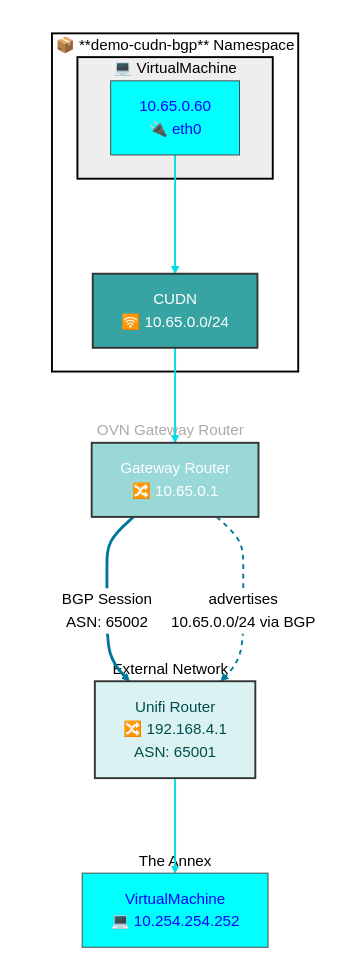
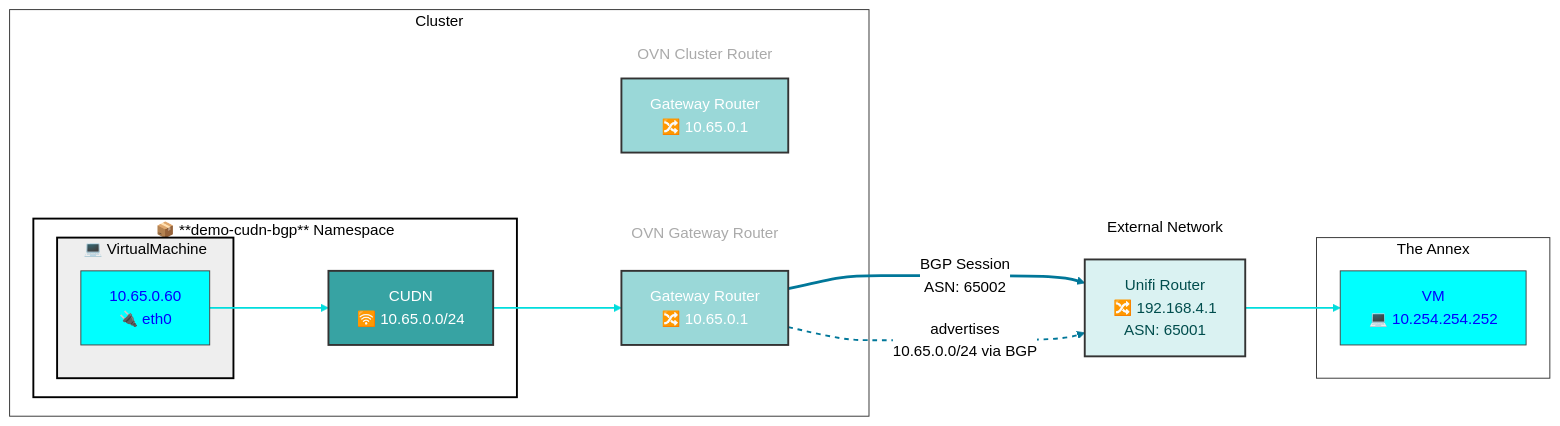
The second of 2 diagrams in demo/bgp/README.md (dlbewley/demo-rhone-26), drawn with Mermaid (neutral theme) before and after one commit. The commit also changed other lines of this file, not shown here.

````diff
--- a/demo/bgp/README.md
+++ b/demo/bgp/README.md
@@ -283,62 +256,66 @@
 ```mermaid
-graph TD;
-    subgraph Cluster[" "]
+graph LR;
+    subgraph Cluster["Cluster"]
         subgraph ns-bgp["📦 **demo-cudn-bgp** Namespace"]
             subgraph vm-bgp["💻 VirtualMachine"]
                 vm-ip["10.65.0.60<br>🔌 eth0"]
             end
             cudn-subnet["CUDN<br>🛜 10.65.0.0/24"]
         end
 
-        subgraph OVN["OVN Gateway Router"]
+        subgraph OVN_GW["OVN Gateway Router"]
             ovn-gw["Gateway Router<br>🔀 10.65.0.1"]
         end
+        subgraph OVN_CR["OVN Cluster Router"]
+            ovn-cr["Gateway Router<br>🔀 10.65.0.1"]
+        end
+
     end
 
     subgraph External["External Network"]
         unifi-router["Unifi Router<br>🔀 192.168.4.1<br>ASN: 65001"]
     end
 
     subgraph Annex["The Annex"]
-        annex-vm["VirtualMachine<br>💻 10.254.254.252"]
+        annex-vm["VM<br>💻 10.254.254.252"]
     end
 
     vm-ip ---> cudn-subnet
     cudn-subnet --> ovn-gw
     ovn-gw ==BGP Session<br>ASN: 65002==> unifi-router
     unifi-router --> annex-vm
 
     linkStyle 0,1 stroke:#00dddd,stroke-width:2px
     linkStyle 2 stroke:#007799,stroke-width:3px
     linkStyle 3 stroke:#00dddd,stroke-width:2px
 
     ovn-gw -."advertises<br>10.65.0.0/24 via BGP".-> unifi-router
 
     linkStyle 4 stroke:#007799,stroke-width:2px,stroke-dasharray: 5 5
 
     classDef cudn fill:#37A3A3,color:#fff,stroke:#333,stroke-width:2px
     class cudn-subnet cudn
 
     classDef ovn fill:#9ad8d8,color:#fff,stroke:#333,stroke-width:2px
-    class ovn-gw ovn
+    class ovn-cr,ovn-gw ovn
 
     classDef router fill:#daf2f2,color:#004d4d,stroke:#333,stroke-width:2px
     class unifi-router router
 
     classDef vm-eth fill:#00ffff,color:#00f,stroke:#444,stroke-width:1px
     class vm-ip,annex-vm vm-eth
 
     classDef vm color:#000,fill:#eee,stroke:#000,stroke-width:2px
     class vm-bgp vm
 
-    style Cluster color:#000,fill:#fff,stroke:#333,stroke-width:0px
+    style Cluster color:#000,fill:#fff,stroke:#333,stroke-width:1px
 
-    style Annex color:#000,fill:#000,stroke:#333,stroke-width:2px
+    style Annex color:#000,fill:#fff,stroke:#333,stroke-width:1px
 
     style External color:#000,fill:#fff,stroke:#333,stroke-width:0px
-    style Annex color:#000,fill:#fff,stroke:#333,stroke-width:0px
-    style OVN color:#aaa,fill:#fff,stroke:#333,stroke-width:0px
+    classDef OVN color:#aaa,fill:#fff,stroke:#333,stroke-width:0px
+    class OVN_CR,OVN_GW OVN
 
     classDef namespace color:#000,fill:#fff,stroke:#000,stroke-width:2px
     class ns-bgp namespace
 ```
````
